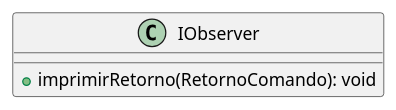
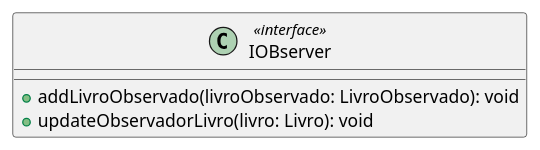
The diagram in diagrama de classes/src puml/src/usuario/IObserver.puml (angelofelipe/library-system-OOP), drawn with PlantUML before and after one commit. The commit also changed 24 other files, not shown here.

Commit message:
edita diagrama na pasta usuario

```diff
--- a/diagrama de classes/src puml/src/usuario/IObserver.puml
+++ b/diagrama de classes/src puml/src/usuario/IObserver.puml
@@ -1,8 +1,8 @@
 @startuml
 
-class IObserver  {
-
-    + imprimirRetorno(RetornoComando): void
+class IOBserver <<interface>> {
+   + addLivroObservado(livroObservado: LivroObservado): void
+    + updateObservadorLivro(livro: Livro): void
 }
 
 @enduml
```
